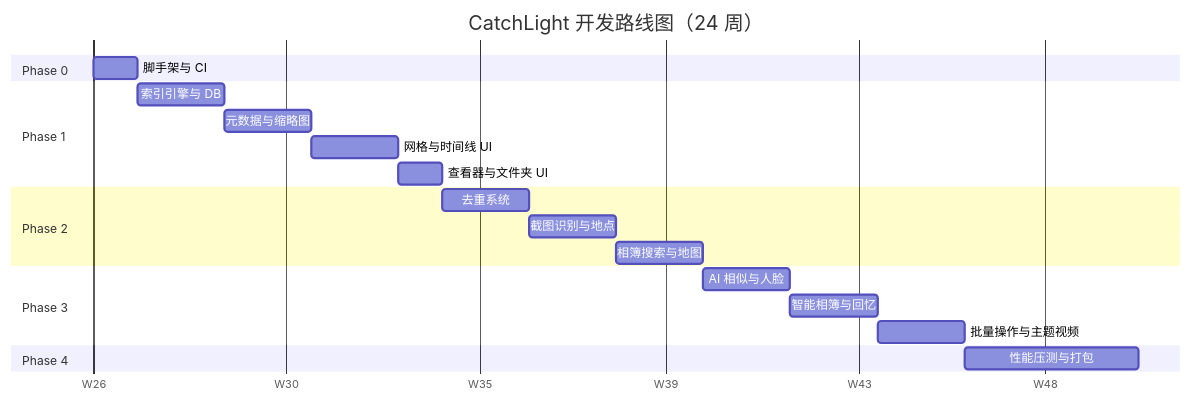
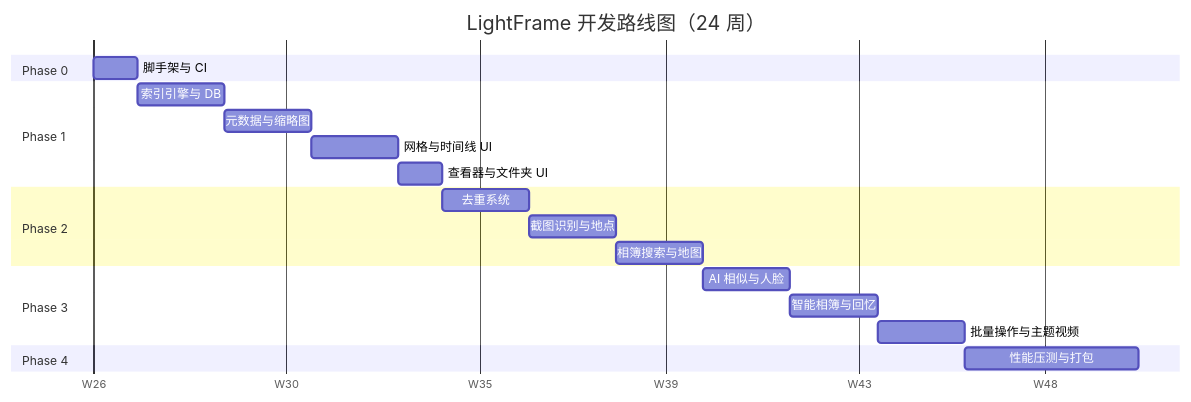
The second of 5 diagrams in docs/5-development-plan.md (halft0n/LightFrame), drawn with Mermaid before and after one commit. The commit also changed other lines of this file and 10 other files, not shown here.

First line of the commit message:
chore: complete CatchLight → LightFrame rebrand in all docs and paths

````diff
--- a/docs/5-development-plan.md
+++ b/docs/5-development-plan.md
@@ -146,28 +146,28 @@
 ```mermaid
 gantt
-    title CatchLight 开发路线图（24 周）
+    title LightFrame 开发路线图（24 周）
     dateFormat YYYY-MM-DD
     axisFormat W%W
 
     section Phase 0
     脚手架与 CI           :p0, 2026-07-01, 7d
 
     section Phase 1
     索引引擎与 DB         :p1a, after p0, 14d
     元数据与缩略图        :p1b, after p1a, 14d
     网格与时间线 UI       :p1c, after p1b, 14d
     查看器与文件夹 UI     :p1d, after p1c, 7d
 
     section Phase 2
     去重系统              :p2a, after p1d, 14d
     截图识别与地点        :p2b, after p2a, 14d
     相簿搜索与地图        :p2c, after p2b, 14d
 
     section Phase 3
     AI 相似与人脸         :p3a, after p2c, 14d
     智能相簿与回忆        :p3b, after p3a, 14d
     批量操作与主题视频    :p3c, after p3b, 14d
 
     section Phase 4
     性能压测与打包        :p4, after p3c, 28d
 ```
````
